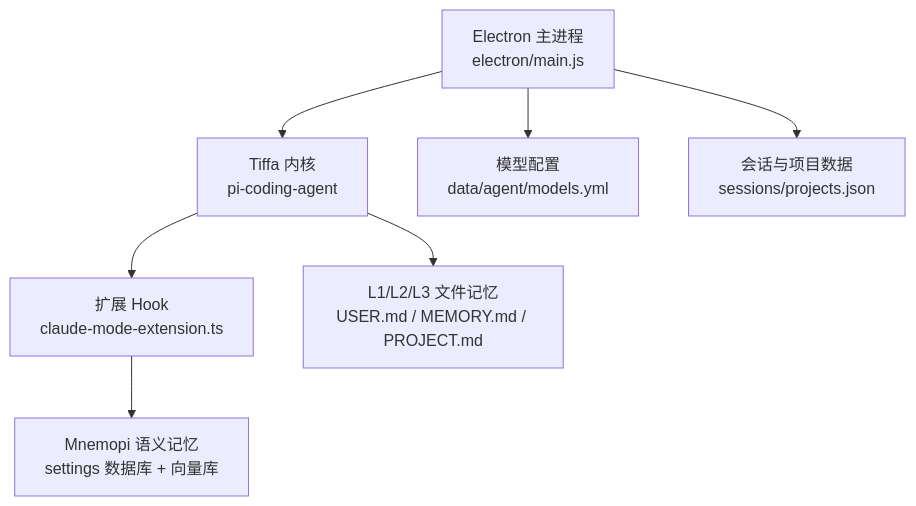
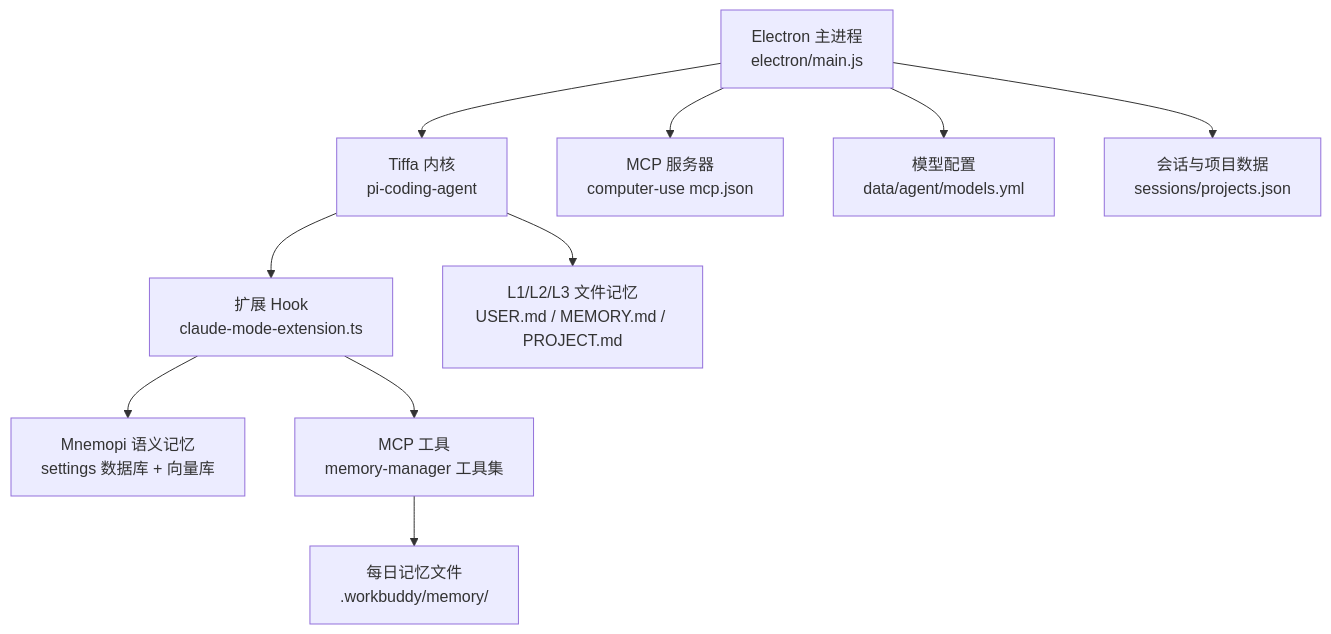
Before and after one commit to swond-Mao/Tiffa: the first of 5 diagrams in .qoder/repowiki/zh/content/记忆系统/记忆系统.md, drawn with Mermaid. The commit also changed other lines of this file and 49 other files, not shown here.

````diff
--- a/.qoder/repowiki/zh/content/记忆系统/记忆系统.md
+++ b/.qoder/repowiki/zh/content/记忆系统/记忆系统.md
@@ -54,9 +59,12 @@
 ```mermaid
 graph TB
 A["Electron 主进程<br/>electron/main.js"] --> B["Tiffa 内核<br/>pi-coding-agent"]
 B --> C["扩展 Hook<br/>claude-mode-extension.ts"]
 C --> D["Mnemopi 语义记忆<br/>settings 数据库 + 向量库"]
 B --> E["L1/L2/L3 文件记忆<br/>USER.md / MEMORY.md / PROJECT.md"]
-A --> F["模型配置<br/>data/agent/models.yml"]
-A --> G["会话与项目数据<br/>sessions/projects.json"]
+C --> F["MCP 工具<br/>memory-manager 工具集"]
+F --> G["每日记忆文件<br/>.workbuddy/memory/"]
+A --> H["MCP 服务器<br/>computer-use mcp.json"]
+A --> I["模型配置<br/>data/agent/models.yml"]
+A --> J["会话与项目数据<br/>sessions/projects.json"]
 ```
````
